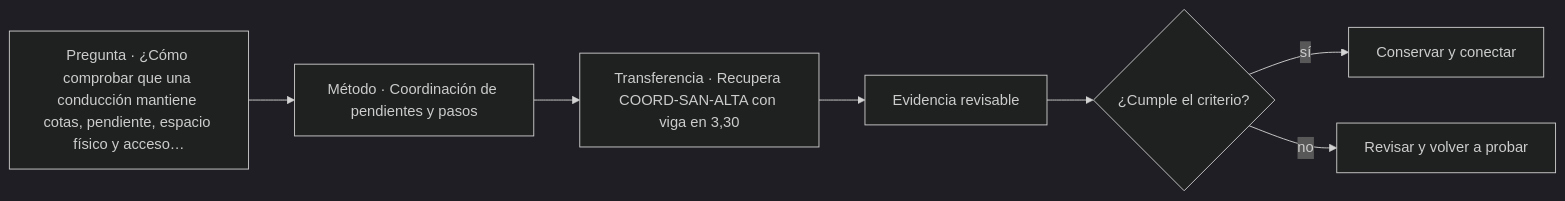
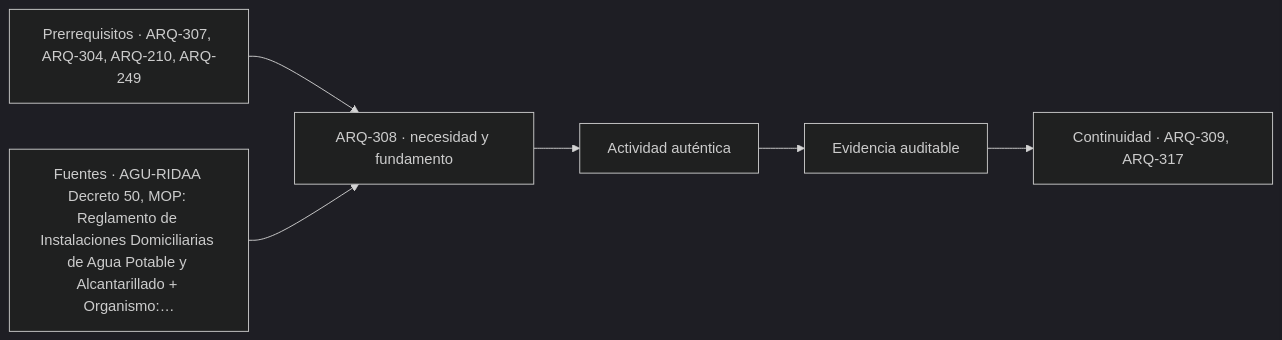
One commit to vladimiracunadev-create/architecture-built-environment-learning-program changed the diagram in classes/parte-31/ARQ-308.md. Above: the diagram before and after it, drawn with Mermaid (dark theme). The commit also changed other lines of this file and 761 other files, not shown here.

````diff
--- a/classes/parte-31/ARQ-308.md
+++ b/classes/parte-31/ARQ-308.md
@@ -119,9 +131,8 @@
 ```mermaid
 flowchart LR
-    Q["Pregunta · ¿Cómo comprobar que una conducción mantiene cotas, pendiente, espacio físico y acceso…"] --> M["Método · Coordinación de pendientes y pasos"]
-    M --> P["Transferencia · Recupera COORD-SAN-ALTA con viga en 3,30"]
-    P --> E["Evidencia revisable"]
-    E --> C{"¿Cumple el criterio?"}
-    C -->|sí| T["Conservar y conectar"]
-    C -->|no| R["Revisar y volver a probar"]
+    A["Prerrequisitos · ARQ-307, ARQ-304, ARQ-210, ARQ-249"] --> B["ARQ-308 · necesidad y fundamento"]
+    S["Fuentes · AGU-RIDAA Decreto 50, MOP: Reglamento de Instalaciones Domiciliarias de Agua Potable y Alcantarillado + Organismo:…"] --> B
+    B --> C["Actividad auténtica"]
+    C --> D["Evidencia auditable"]
+    D --> E["Continuidad · ARQ-309, ARQ-317"]
 ```
````
